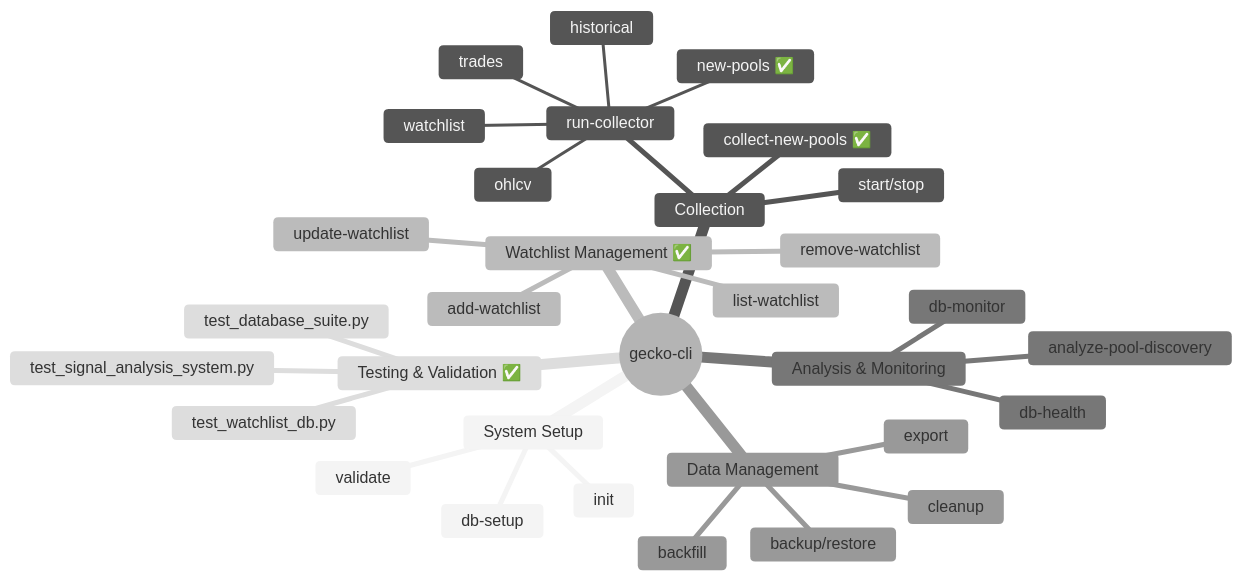
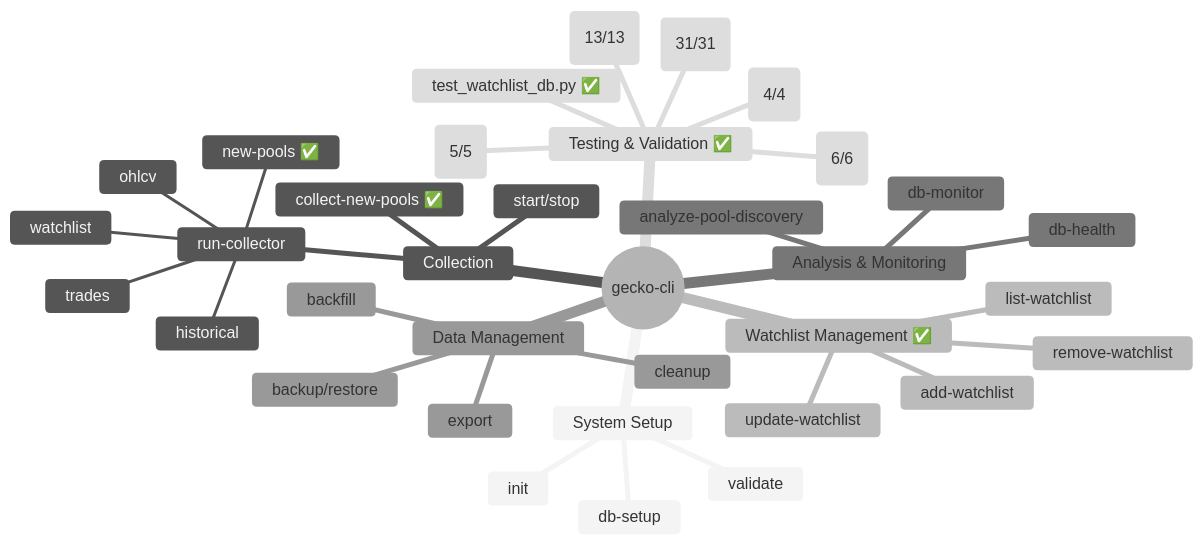
Before and after one commit to snogcel/geckoterminal_collector: the sixth of 6 diagrams in SYSTEM_ARCHITECTURE_DIAGRAM.md, drawn with Mermaid (neutral theme). The commit also changed other lines of this file and 2 other files, not shown here.

````diff
--- a/SYSTEM_ARCHITECTURE_DIAGRAM.md
+++ b/SYSTEM_ARCHITECTURE_DIAGRAM.md
@@ -286,35 +292,38 @@
 ```mermaid
 mindmap
   root((gecko-cli))
     System Setup
       init
       validate
       db-setup
     Collection
       run-collector
         new-pools ✅
         ohlcv
         trades
         watchlist
         historical
       collect-new-pools ✅
       start/stop
     Watchlist Management ✅
       add-watchlist
       list-watchlist
       update-watchlist
       remove-watchlist
     Analysis & Monitoring
       analyze-pool-discovery
       db-health
       db-monitor
     Data Management
       backfill
       export
       cleanup
       backup/restore
     Testing & Validation ✅
-      test_database_suite.py
-      test_watchlist_db.py
-      test_signal_analysis_system.py
+      test_cli_comprehensive.py (31/31)
+      test_database_suite.py (6/6)
+      test_signal_analysis_system.py (4/4)
+      test_original_issue.py (5/5)
+      verify_cli_implementations.py (13/13)
+      test_watchlist_db.py ✅
 ```
````
